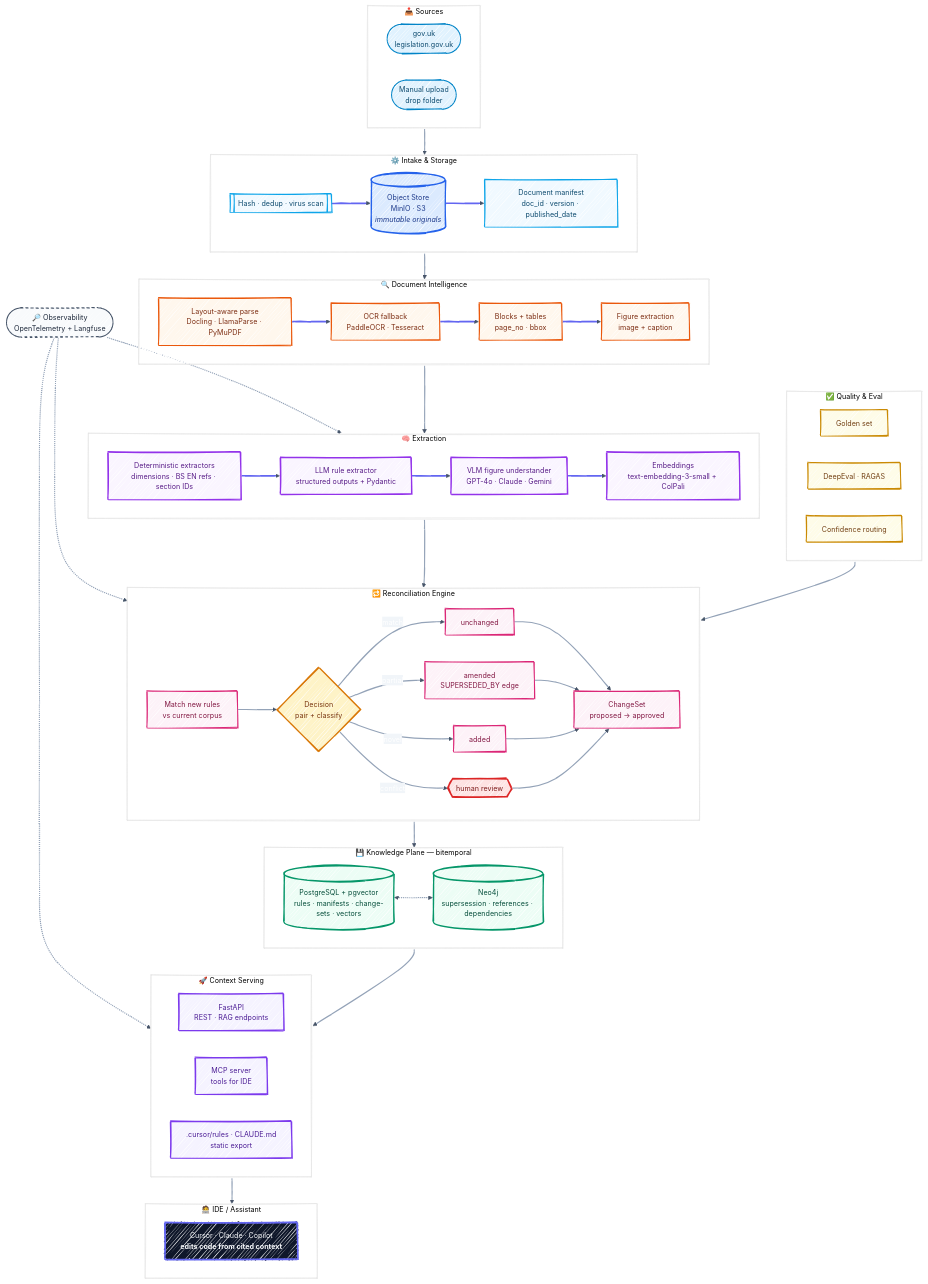
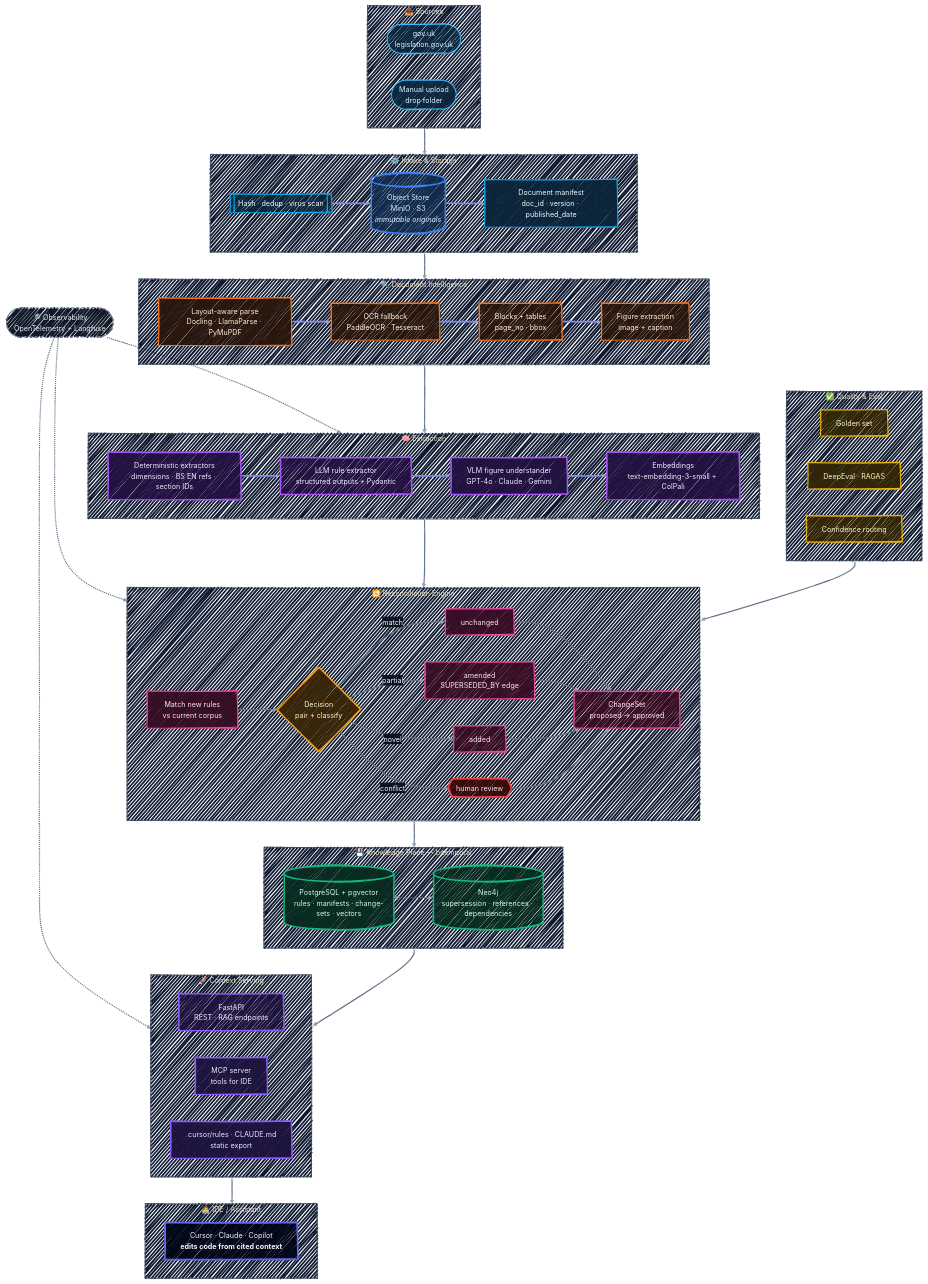
The diagram in README.md (OmarJebbari/Uk-regs-pipeline), drawn with Mermaid before and after one commit. The commit also changed other lines of this file, not shown here.

Commit message:
docs(README): make architecture diagram dark-mode native with glowing palette

````diff
--- a/README.md
+++ b/README.md
@@ -39,17 +39,22 @@
 ---
 config:
   look: handDrawn
-  handDrawnSeed: 42
+  handDrawnSeed: 7
   theme: base
   themeVariables:
+    background: "#0b1220"
     fontFamily: '"Segoe UI", "Inter", system-ui, sans-serif'
     fontSize: 14px
-    primaryColor: "#6366f1"
-    primaryTextColor: "#ffffff"
-    primaryBorderColor: "#4338ca"
-    lineColor: "#475569"
-    secondaryColor: "#f1f5f9"
-    tertiaryColor: "#ffffff"
+    primaryColor: "#1e293b"
+    primaryTextColor: "#f8fafc"
+    primaryBorderColor: "#6366f1"
+    lineColor: "#94a3b8"
+    secondaryColor: "#0f1a30"
+    tertiaryColor: "#13203a"
+    mainBkg: "#0f1a30"
+    clusterBkg: "#0f1a30"
+    clusterBorder: "#334155"
+    edgeLabelBackground: "#0b1220"
 ---
 flowchart TD
     %% ════════════════ SOURCES ════════════════
@@ -136,22 +141,22 @@
     SRC ==> INGEST ==> DOCINT ==> EXTRACT ==> RECON ==> KNOW ==> SERVE ==> IDE
     QA ==> RECON
 
-    %% ════════════════ MODERN PALETTE ════════════════
-    classDef src     fill:#e0f2fe,stroke:#0284c7,stroke-width:2px,color:#0c4a6e
-    classDef ingest  fill:#f0f9ff,stroke:#0ea5e9,stroke-width:2px,color:#0c4a6e
-    classDef store   fill:#dbeafe,stroke:#2563eb,stroke-width:2.5px,color:#1e3a8a
-    classDef parse   fill:#fff7ed,stroke:#ea580c,stroke-width:2px,color:#7c2d12
-    classDef ai      fill:#faf5ff,stroke:#9333ea,stroke-width:2.5px,color:#581c87
-    classDef db      fill:#ecfdf5,stroke:#059669,stroke-width:2.5px,color:#064e3b
-    classDef recon   fill:#fdf2f8,stroke:#db2777,stroke-width:2px,color:#831843
-    classDef decision fill:#fef3c7,stroke:#d97706,stroke-width:2.5px,color:#78350f
-    classDef warn    fill:#fee2e2,stroke:#dc2626,stroke-width:3px,color:#7f1d1d
-    classDef qa      fill:#fefce8,stroke:#ca8a04,stroke-width:2px,color:#713f12
-    classDef serve   fill:#f5f3ff,stroke:#7c3aed,stroke-width:2.5px,color:#4c1d95
-    classDef ide     fill:#0f172a,stroke:#6366f1,stroke-width:3px,color:#f8fafc
-    classDef obs     fill:#f8fafc,stroke:#475569,stroke-width:2px,stroke-dasharray:5 5,color:#1e293b
+    %% ════════════════ DARK-MODE GLOW PALETTE ════════════════
+    classDef src      fill:#0c2740,stroke:#38bdf8,stroke-width:2px,color:#e0f2fe
+    classDef ingest   fill:#0b253b,stroke:#0ea5e9,stroke-width:2px,color:#f0f9ff
+    classDef store    fill:#112c4f,stroke:#3b82f6,stroke-width:2.5px,color:#dbeafe
+    classDef parse    fill:#2a160a,stroke:#f97316,stroke-width:2px,color:#ffedd5
+    classDef ai       fill:#241043,stroke:#a855f7,stroke-width:2.5px,color:#f3e8ff
+    classDef db       fill:#082c1f,stroke:#10b981,stroke-width:2.5px,color:#d1fae5
+    classDef recon    fill:#3a0d24,stroke:#ec4899,stroke-width:2px,color:#fce7f3
+    classDef decision fill:#3a2606,stroke:#f59e0b,stroke-width:2.5px,color:#fef3c7
+    classDef warn     fill:#3b0a0a,stroke:#ef4444,stroke-width:3px,color:#fee2e2
+    classDef qa       fill:#332604,stroke:#eab308,stroke-width:2px,color:#fef9c3
+    classDef serve    fill:#1f1340,stroke:#8b5cf6,stroke-width:2.5px,color:#ede9fe
+    classDef ide      fill:#020617,stroke:#6366f1,stroke-width:3px,color:#f8fafc
+    classDef obs      fill:#111827,stroke:#64748b,stroke-width:2px,stroke-dasharray:5 5,color:#e2e8f0
 
     %% ════════════════ LINK STYLING ════════════════
-    linkStyle default stroke:#94a3b8,stroke-width:2px
-    linkStyle 0,1,2,3,4,5,6,7 stroke:#6366f1,stroke-width:3px
+    linkStyle default stroke:#64748b,stroke-width:2px
+    linkStyle 0,1,2,3,4,5,6,7 stroke:#818cf8,stroke-width:3px
 ```
````
